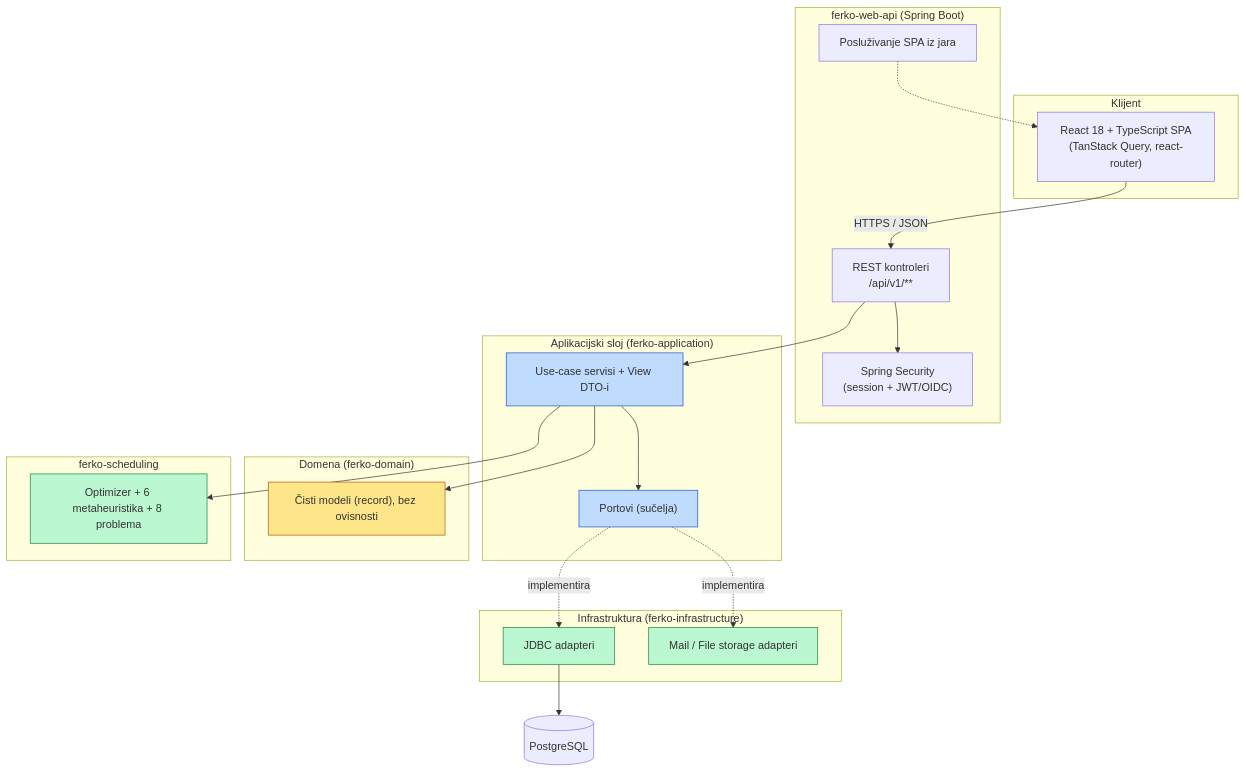
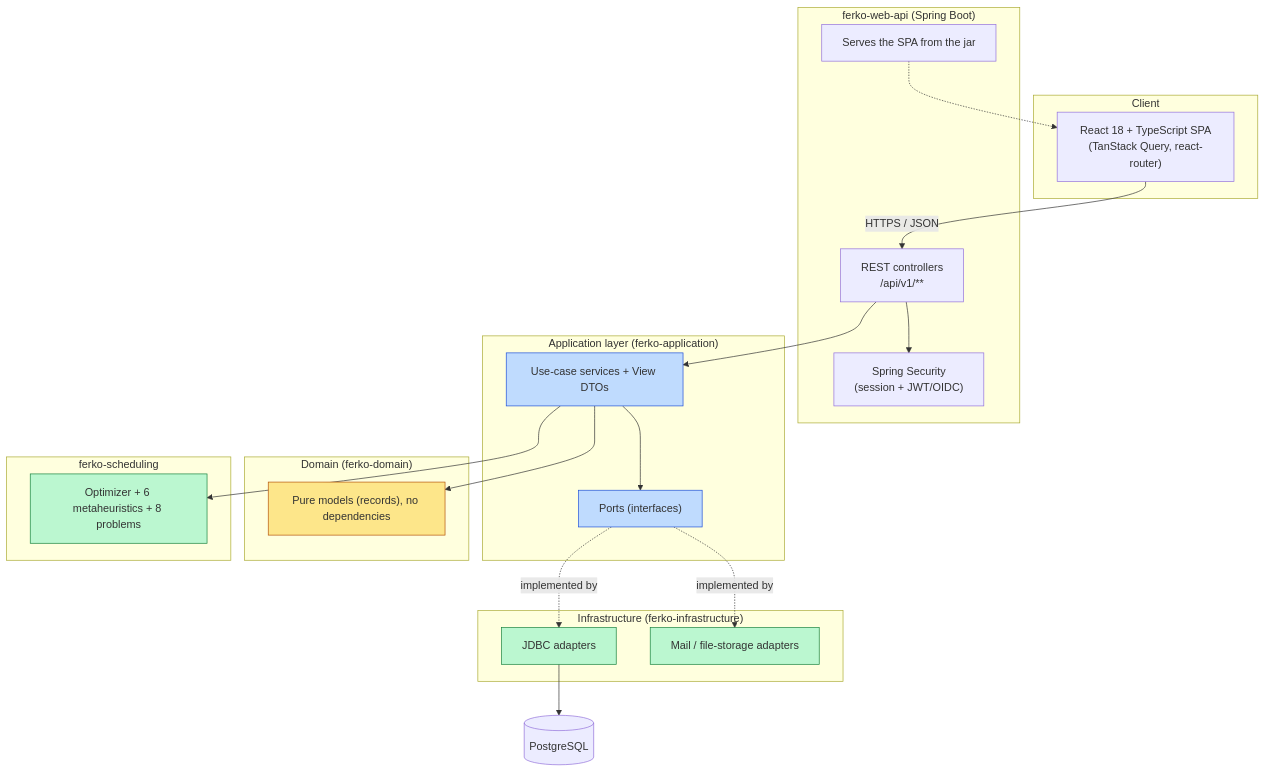
Before and after one commit to KarloKnezevic/Ferko: the first of 6 diagrams in README.md, drawn with Mermaid. The commit also changed other lines of this file and 38 other files, not shown here.

First line of the commit message:
Dokumentacija iznova na engleskom: marketinški README, UML i vodiči (#96)

````diff
--- a/README.md
+++ b/README.md
@@ -155,44 +172,44 @@
 ```mermaid
 graph TD
-    subgraph Klijent
+    subgraph Client
         SPA["React 18 + TypeScript SPA<br/>(TanStack Query, react-router)"]
     end
     subgraph "ferko-web-api (Spring Boot)"
-        REST["REST kontroleri<br/>/api/v1/**"]
+        REST["REST controllers<br/>/api/v1/**"]
         SEC["Spring Security<br/>(session + JWT/OIDC)"]
-        SPA_SRV["Posluživanje SPA iz jara"]
+        SPA_SRV["Serves the SPA from the jar"]
     end
-    subgraph "Aplikacijski sloj (ferko-application)"
-        UC["Use-case servisi + View DTO-i"]
-        PORT["Portovi (sučelja)"]
+    subgraph "Application layer (ferko-application)"
+        UC["Use-case services + View DTOs"]
+        PORT["Ports (interfaces)"]
     end
-    subgraph "Domena (ferko-domain)"
-        DOM["Čisti modeli (record), bez ovisnosti"]
+    subgraph "Domain (ferko-domain)"
+        DOM["Pure models (records), no dependencies"]
     end
-    subgraph "Infrastruktura (ferko-infrastructure)"
-        JDBC["JDBC adapteri"]
-        MAIL["Mail / File storage adapteri"]
+    subgraph "Infrastructure (ferko-infrastructure)"
+        JDBC["JDBC adapters"]
+        MAIL["Mail / file-storage adapters"]
     end
     subgraph "ferko-scheduling"
-        OPT["Optimizer + 6 metaheuristika + 8 problema"]
+        OPT["Optimizer + 6 metaheuristics + 8 problems"]
     end
     DB[("PostgreSQL")]
 
     SPA -->|HTTPS / JSON| REST
     REST --> SEC
     REST --> UC
     SPA_SRV -.-> SPA
     UC --> PORT
     UC --> DOM
     UC --> OPT
-    PORT -. implementira .-> JDBC
-    PORT -. implementira .-> MAIL
+    PORT -. implemented by .-> JDBC
+    PORT -. implemented by .-> MAIL
     JDBC --> DB
 
     classDef domain fill:#fde68a,stroke:#b45309;
     classDef app fill:#bfdbfe,stroke:#1d4ed8;
     classDef infra fill:#bbf7d0,stroke:#15803d;
     class DOM domain
     class UC,PORT app
     class JDBC,MAIL,OPT infra
 ```
````
